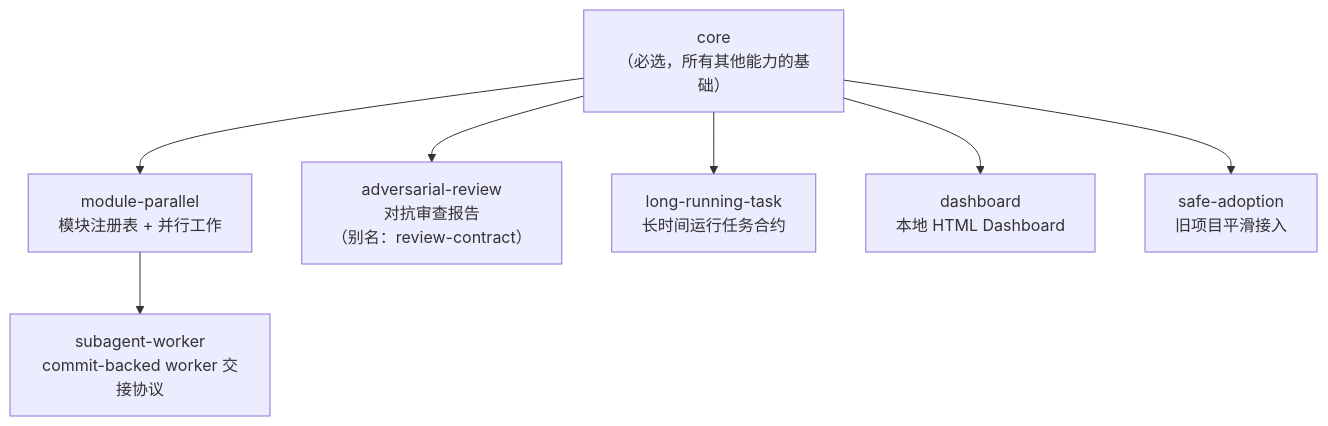
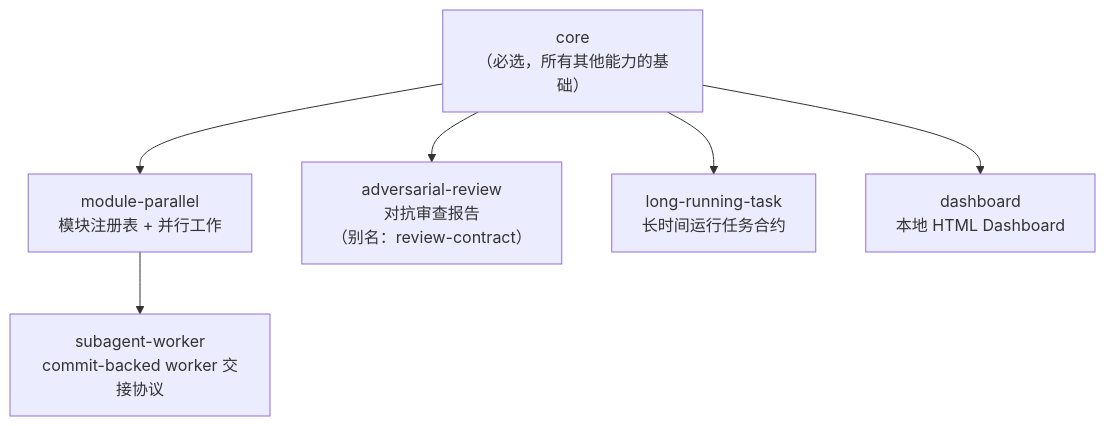
Before and after one commit to FairladyZ625/coding-agent-harness: the tenth of 10 diagrams in docs-release/architecture/system-explainer/06-preset-and-migration.md, drawn with Mermaid. The commit also changed other lines of this file and 120 other files, not shown here.

````diff
--- a/docs-release/architecture/system-explainer/06-preset-and-migration.md
+++ b/docs-release/architecture/system-explainer/06-preset-and-migration.md
@@ -211,12 +211,10 @@
 ```mermaid
 flowchart TD
   Core["core\n（必选，所有其他能力的基础）"]
 
   Core --> ModParallel["module-parallel\n模块注册表 + 并行工作"]
   Core --> AdvReview["adversarial-review\n对抗审查报告\n（别名：review-contract）"]
   Core --> LongRunning["long-running-task\n长时间运行任务合约"]
   Core --> Dashboard["dashboard\n本地 HTML Dashboard"]
-  Core --> SafeAdoption["safe-adoption\n旧项目平滑接入"]
-
   ModParallel --> SubagentWorker["subagent-worker\ncommit-backed worker 交接协议"]
 ```
````
